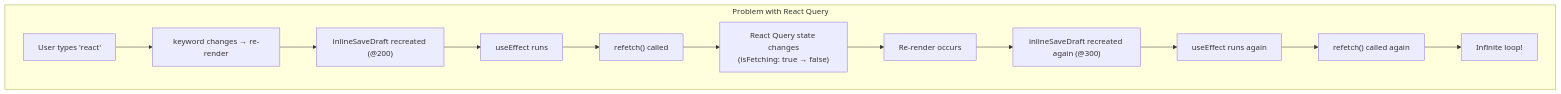
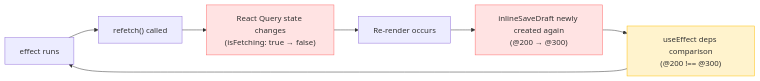
Before and after one commit to codefug/codefug.github.io: diagram 12 of 19 in markdown/2026-01-18/en/content.mdx, drawn with Mermaid. The commit also changed other lines of this file and 1 other file, not shown here.

````diff
--- a/markdown/2026-01-18/en/content.mdx
+++ b/markdown/2026-01-18/en/content.mdx
@@ -514,15 +840,13 @@
 ```mermaid
-flowchart TD
-    subgraph "Problem with React Query"
-        A["User types 'react'"] --> B["keyword changes → re-render"]
-        B --> C["inlineSaveDraft recreated (@200)"]
-        C --> D["useEffect runs"]
-        D --> E["refetch() called"]
-        E --> F["React Query state changes<br/>(isFetching: true → false)"]
-        F --> G["Re-render occurs"]
-        G --> H["inlineSaveDraft recreated again (@300)"]
-        H --> I["useEffect runs again"]
-        I --> J["refetch() called again"]
-        J --> K["Infinite loop!"]
-    end
+flowchart LR
+    F["effect runs"] --> G["refetch() called"]
+    G --> H["React Query state changes<br/>(isFetching: true → false)"]
+    H --> I["Re-render occurs"]
+    I --> J["inlineSaveDraft newly created again<br/>(@200 → @300)"]
+    J --> K["useEffect deps comparison<br/>(@200 !== @300)"]
+    K --> F
+    
+    style H fill:#ffe3e3,stroke:#ff6b6b
+    style J fill:#ffe3e3,stroke:#ff6b6b
+    style K fill:#fff3cd,stroke:#ffc107
 ```
````
